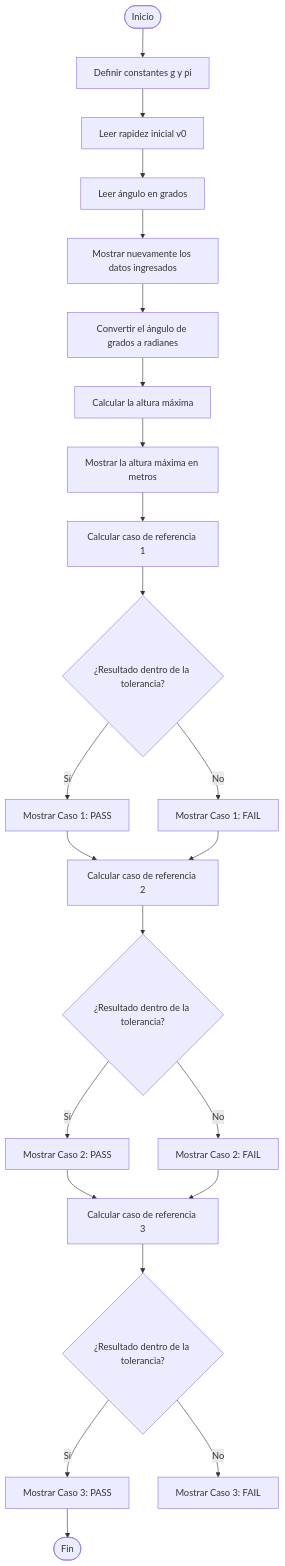
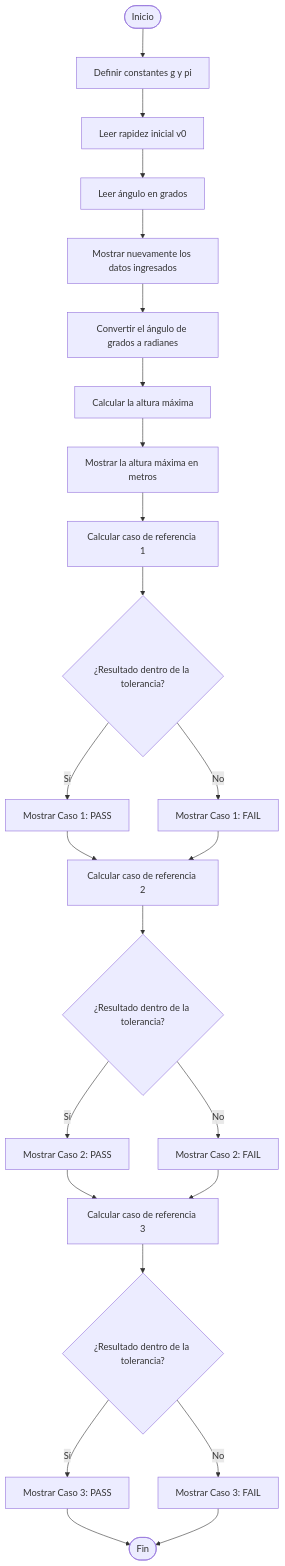
One commit to cardenascristian-web/fisica-computacional-2026ii changed the fourth of 4 diagrams in Taller_1/README.md. Above: the diagram before and after it, drawn with Mermaid.

````diff
--- a/Taller_1/README.md
+++ b/Taller_1/README.md
@@ -464,41 +464,42 @@
 ```mermaid
 flowchart TD
 
     A(["Inicio"]) --> B["Definir constantes g y pi"]
 
     B --> C["Leer rapidez inicial v0"]
     C --> D["Leer ángulo en grados"]
 
     D --> E["Mostrar nuevamente los datos ingresados"]
 
     E --> F["Convertir el ángulo de grados a radianes"]
 
     F --> G["Calcular la altura máxima"]
 
     G --> H["Mostrar la altura máxima en metros"]
 
     H --> I["Calcular caso de referencia 1"]
 
     I --> J{"¿Resultado dentro de la tolerancia?"}
 
     J -- "Sí" --> K["Mostrar Caso 1: PASS"]
     J -- "No" --> L["Mostrar Caso 1: FAIL"]
 
     K --> M["Calcular caso de referencia 2"]
     L --> M
 
     M --> N{"¿Resultado dentro de la tolerancia?"}
 
     N -- "Sí" --> O["Mostrar Caso 2: PASS"]
     N -- "No" --> P["Mostrar Caso 2: FAIL"]
 
     O --> Q["Calcular caso de referencia 3"]
     P --> Q
 
     Q --> R{"¿Resultado dentro de la tolerancia?"}
 
     R -- "Sí" --> S["Mostrar Caso 3: PASS"]
     R -- "No" --> T["Mostrar Caso 3: FAIL"]
 
     S --> U(["Fin"])
+    T --> U
 ```
````
